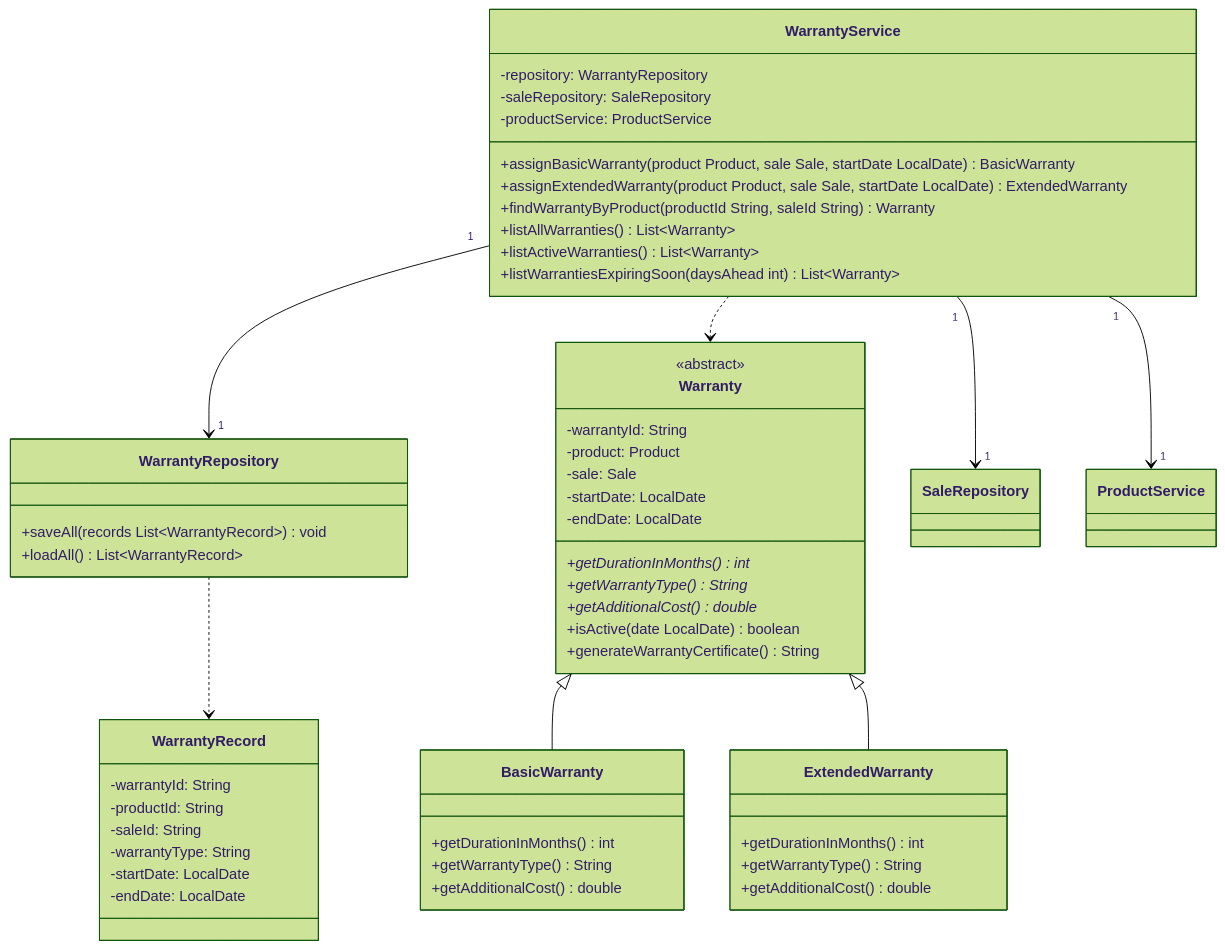
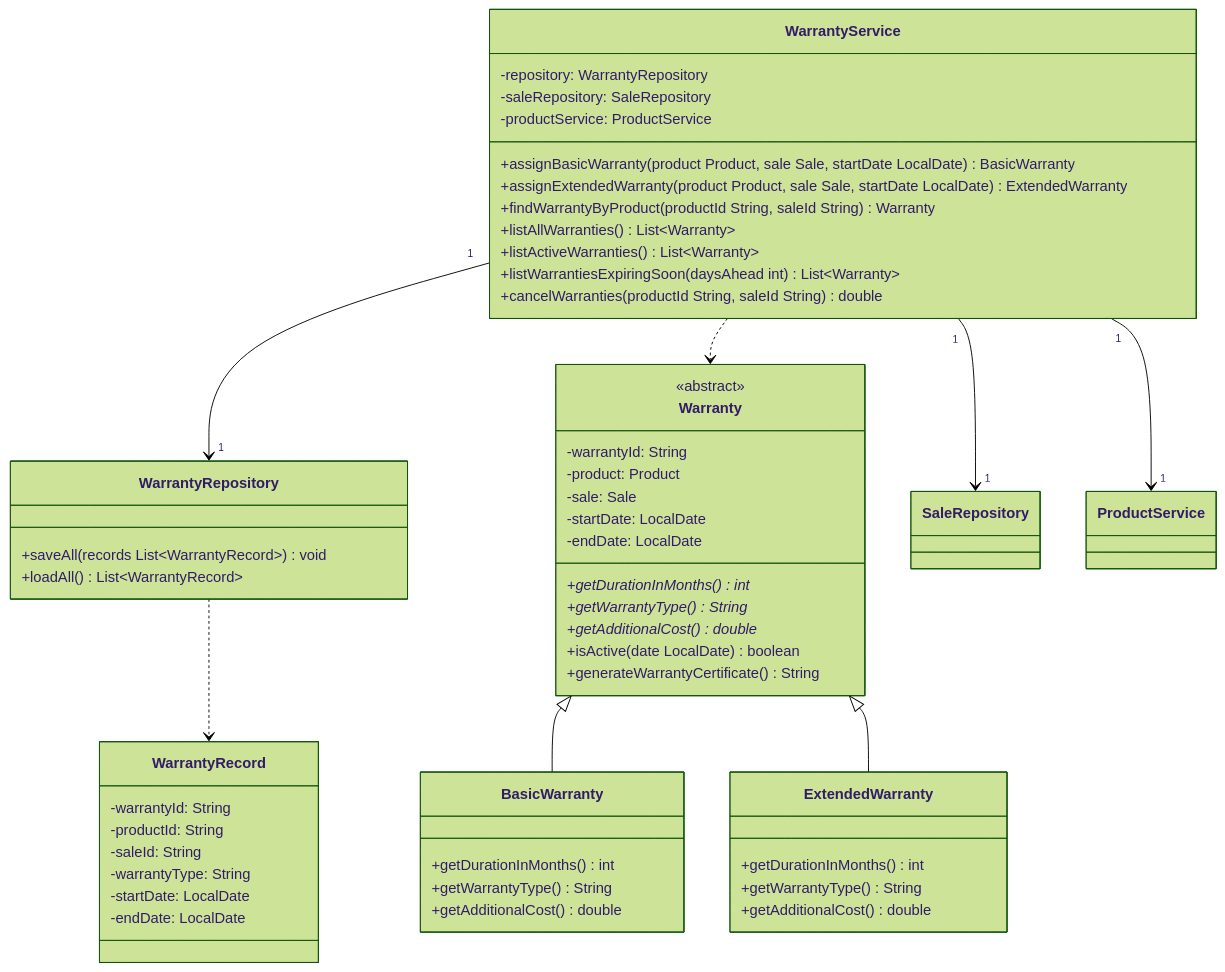
Before and after one commit to mlanderoc/Taller-2-GameZoneUnicesar-: the diagram in docs/warranty-class-diagram.md, drawn with Mermaid (forest theme). The commit also changed 2 other files, not shown here.

Commit message:
docs: update diagrams and developer2 AI log for A7 warranty cancellation

````diff
--- a/docs/warranty-class-diagram.md
+++ b/docs/warranty-class-diagram.md
@@ -3,62 +3,63 @@
 ```mermaid
 classDiagram
     class Warranty {
         <<abstract>>
         -warrantyId: String
         -product: Product
         -sale: Sale
         -startDate: LocalDate
         -endDate: LocalDate
         +getDurationInMonths() int*
         +getWarrantyType() String*
         +getAdditionalCost() double*
         +isActive(date LocalDate) boolean
         +generateWarrantyCertificate() String
     }
 
     class BasicWarranty {
         +getDurationInMonths() int
         +getWarrantyType() String
         +getAdditionalCost() double
     }
 
     class ExtendedWarranty {
         +getDurationInMonths() int
         +getWarrantyType() String
         +getAdditionalCost() double
     }
 
     class WarrantyRecord {
         -warrantyId: String
         -productId: String
         -saleId: String
         -warrantyType: String
         -startDate: LocalDate
         -endDate: LocalDate
     }
 
     class WarrantyRepository {
         +saveAll(records List~WarrantyRecord~) void
         +loadAll() List~WarrantyRecord~
     }
 
     class WarrantyService {
         -repository: WarrantyRepository
         -saleRepository: SaleRepository
         -productService: ProductService
         +assignBasicWarranty(product Product, sale Sale, startDate LocalDate) BasicWarranty
         +assignExtendedWarranty(product Product, sale Sale, startDate LocalDate) ExtendedWarranty
         +findWarrantyByProduct(productId String, saleId String) Warranty
         +listAllWarranties() List~Warranty~
         +listActiveWarranties() List~Warranty~
         +listWarrantiesExpiringSoon(daysAhead int) List~Warranty~
+        +cancelWarranties(productId String, saleId String) double
     }
 
     Warranty <|-- BasicWarranty
     Warranty <|-- ExtendedWarranty
     WarrantyRepository ..> WarrantyRecord
     WarrantyService "1" --> "1" WarrantyRepository
     WarrantyService "1" --> "1" SaleRepository
     WarrantyService "1" --> "1" ProductService
     WarrantyService ..> Warranty
 ```
````
